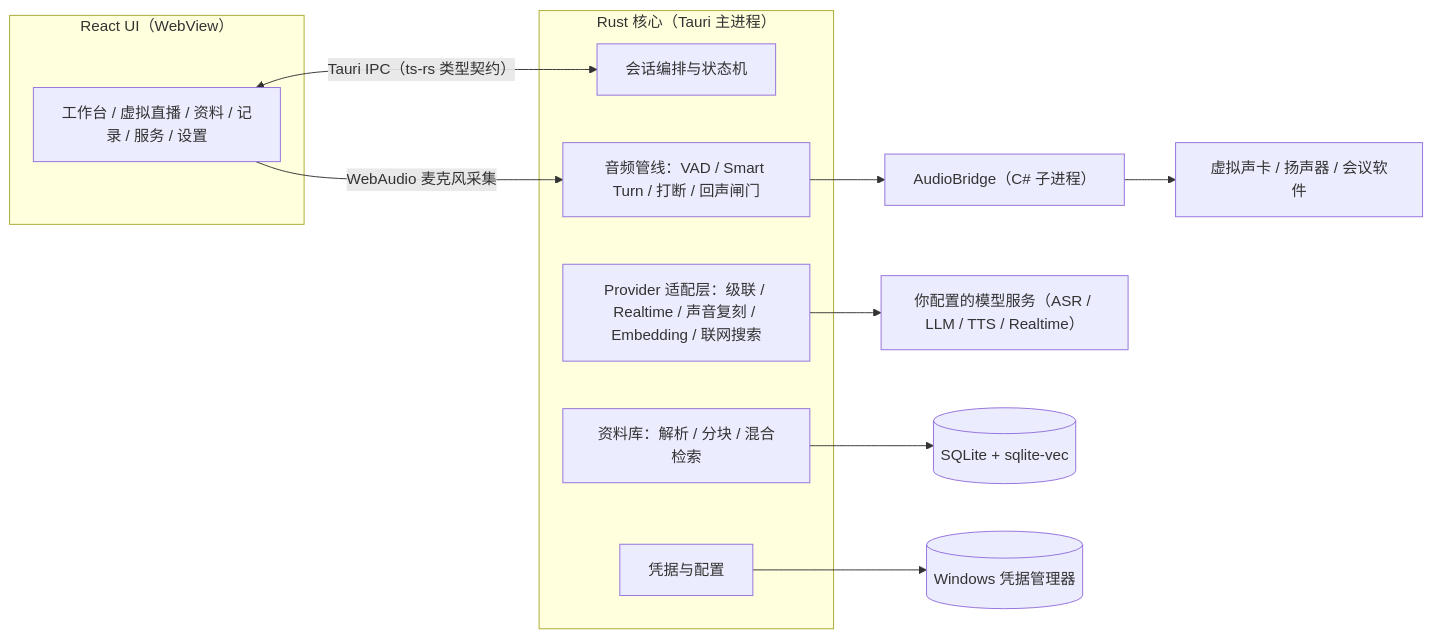
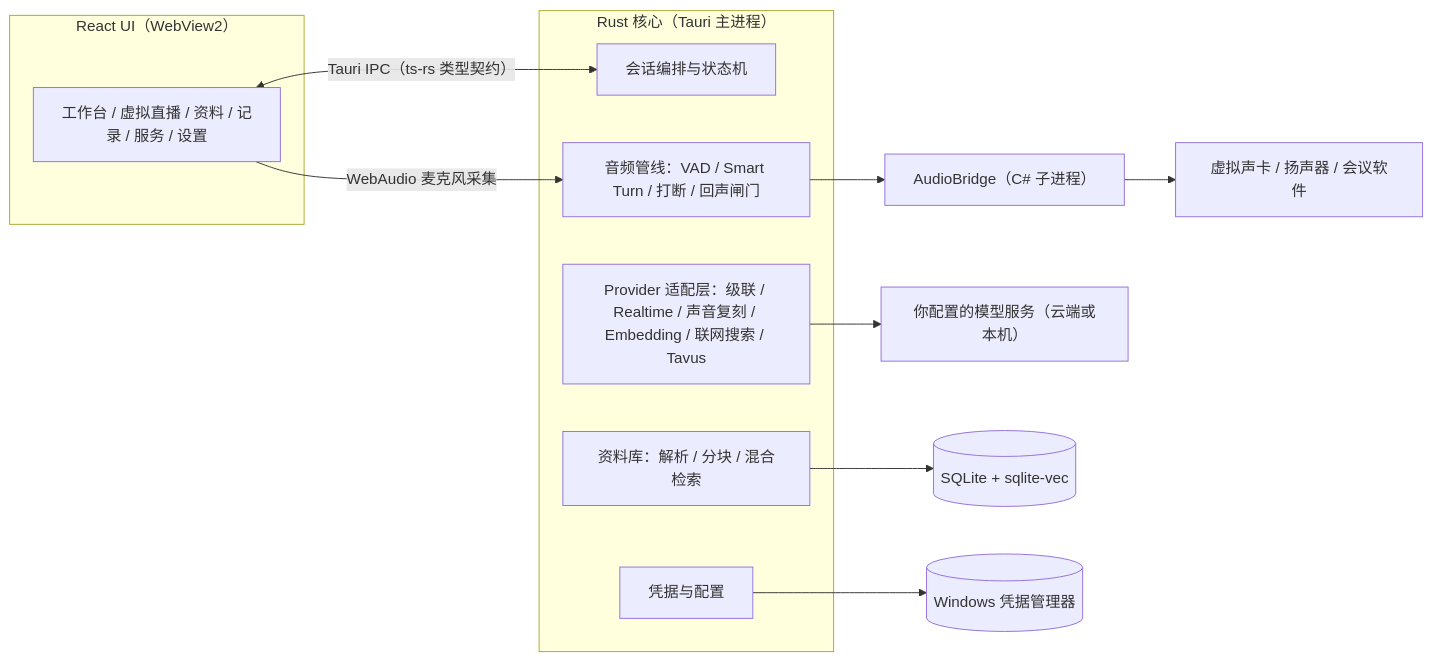
The first of 2 diagrams in README.md (NotIntoSports/RoleAI), drawn with Mermaid before and after one commit. The commit also changed other lines of this file and 3 other files, not shown here.

````diff
--- a/README.md
+++ b/README.md
@@ -111,20 +115,20 @@
 ```mermaid
 flowchart LR
-    subgraph UI["React UI（WebView）"]
+    subgraph UI["React UI（WebView2）"]
         P["工作台 / 虚拟直播 / 资料 / 记录 / 服务 / 设置"]
     end
     P <-->|"Tauri IPC（ts-rs 类型契约）"| C
     subgraph Core["Rust 核心（Tauri 主进程）"]
         C["会话编排与状态机"]
         A["音频管线：VAD / Smart Turn / 打断 / 回声闸门"]
-        PV["Provider 适配层：级联 / Realtime / 声音复刻 / Embedding / 联网搜索"]
+        PV["Provider 适配层：级联 / Realtime / 声音复刻 / Embedding / 联网搜索 / Tavus"]
         M["资料库：解析 / 分块 / 混合检索"]
         S["凭据与配置"]
     end
+    P -->|"WebAudio 麦克风采集"| A
     A --> AB["AudioBridge（C# 子进程）"]
-    P -->|"WebAudio 麦克风采集"| A
     AB --> DEV["虚拟声卡 / 扬声器 / 会议软件"]
-    PV --> API["你配置的模型服务（ASR / LLM / TTS / Realtime）"]
+    PV --> API["你配置的模型服务（云端或本机）"]
     M --> DB[("SQLite + sqlite-vec")]
     S --> CM[("Windows 凭据管理器")]
 ```
````
